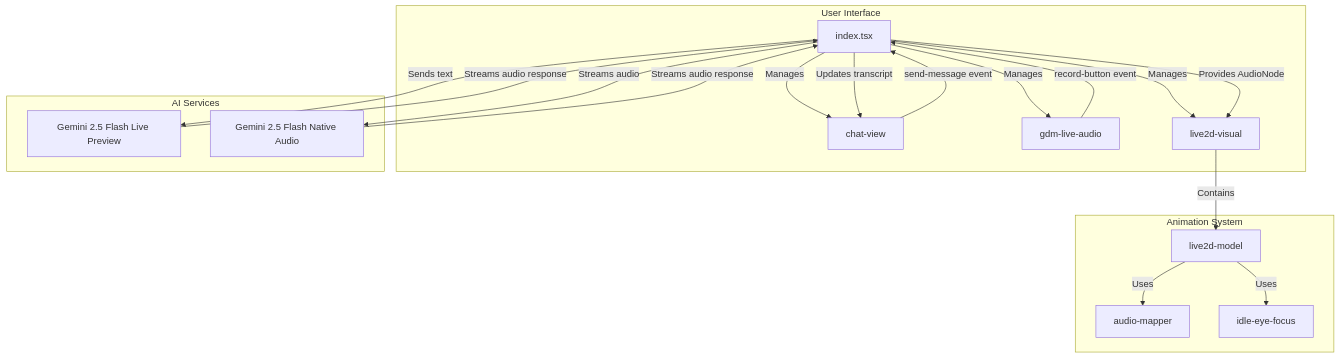
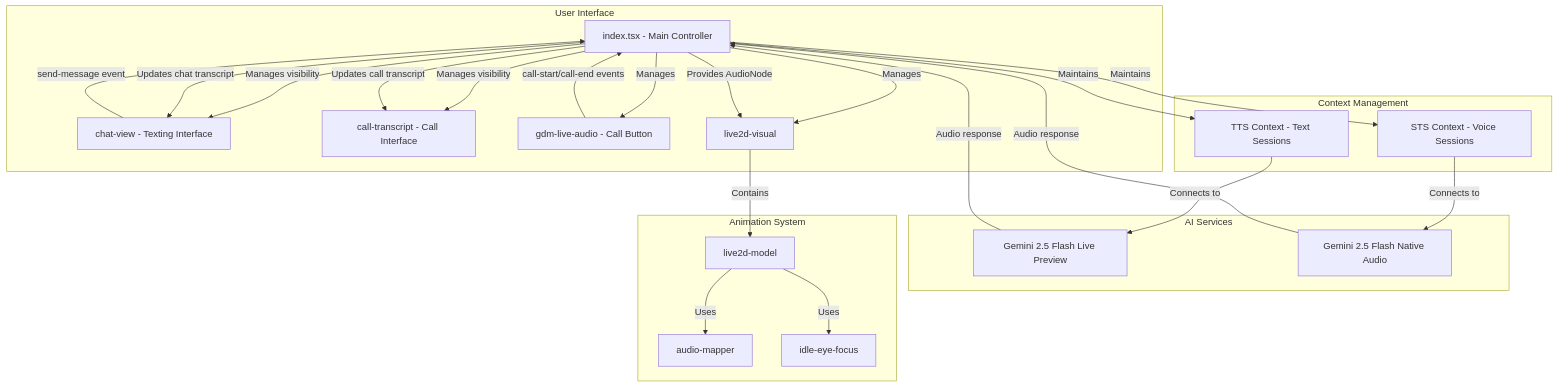
Before and after one commit to gemini-chan/gemini-chan.github.io: the diagram in .roo/specs/dual-input-mode/design.md, drawn with Mermaid. The commit also changed other lines of this file and 2 other files, not shown here.

First line of the commit message:
refine dual-input-mode spec: add dual context system and dynamic transcript windows

````diff
--- a/.roo/specs/dual-input-mode/design.md
+++ b/.roo/specs/dual-input-mode/design.md
@@ -9,40 +9,51 @@
 ```mermaid
 graph TD
     subgraph "User Interface"
-        A[index.tsx]
-        B[chat-view]
-        C[gdm-live-audio]
+        A[index.tsx - Main Controller]
+        B[chat-view - Texting Interface]
+        C[call-transcript - Call Interface]
+        D[gdm-live-audio - Call Button]
         F[live2d-visual]
     end
 
+    subgraph "Context Management"
+        G[TTS Context - Text Sessions]
+        H[STS Context - Voice Sessions]
+    end
+
     subgraph "AI Services"
-        D[Gemini 2.5 Flash Live Preview]
-        E[Gemini 2.5 Flash Native Audio]
+        I[Gemini 2.5 Flash Live Preview]
+        J[Gemini 2.5 Flash Native Audio]
     end
 
     subgraph "Animation System"
-        G[live2d-model]
-        H[audio-mapper]
-        I[idle-eye-focus]
+        K[live2d-model]
+        L[audio-mapper]
+        M[idle-eye-focus]
     end
 
-    A -- Manages --> B
-    A -- Manages --> C
-    A -- Manages --> F
+    A -- "Manages visibility" --> B
+    A -- "Manages visibility" --> C
+    A -- "Manages" --> D
+    A -- "Manages" --> F
 
     B -- "send-message event" --> A
-    C -- "record-button event" --> A
+    D -- "call-start/call-end events" --> A
 
-    A -- "Sends text" --> D
-    A -- "Streams audio" --> E
+    A -- "Maintains" --> G
+    A -- "Maintains" --> H
 
-    D -- "Streams audio response" --> A
-    E -- "Streams audio response" --> A
+    G -- "Connects to" --> I
+    H -- "Connects to" --> J
 
-    A -- Updates transcript --> B
-    A -- Provides AudioNode --> F
+    I -- "Audio response" --> A
+    J -- "Audio response" --> A
 
-    F -- Contains --> G
-    G -- Uses --> H
-    G -- Uses --> I
+    A -- "Updates chat transcript" --> B
+    A -- "Updates call transcript" --> C
+    A -- "Provides AudioNode" --> F
+
+    F -- Contains --> K
+    K -- Uses --> L
+    K -- Uses --> M
 ```
````
